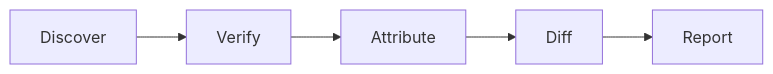
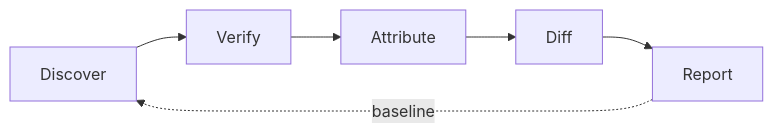
One commit to Chaithu5/Chaithu5 changed the diagram in README.md. Above: the diagram before and after it, drawn with Mermaid. The commit also changed other lines of this file and 1 other file, not shown here.

````diff
--- a/README.md
+++ b/README.md
@@ -22,7 +47,8 @@
 ```mermaid
 flowchart LR
   A[Discover] --> B[Verify]
   B --> C[Attribute]
   C --> D[Diff]
   D --> E[Report]
+  E -. baseline .-> A
 ```
````
